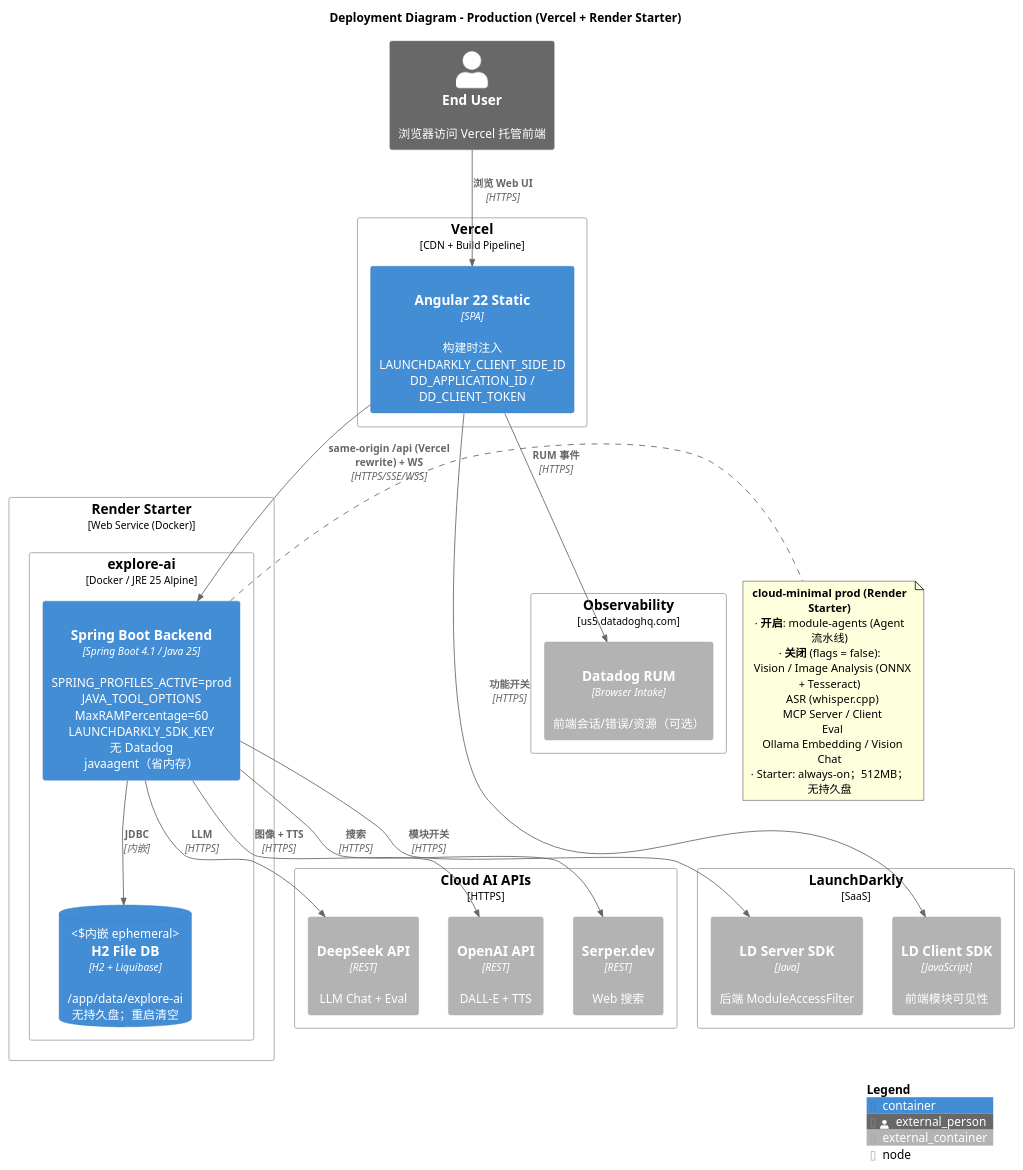
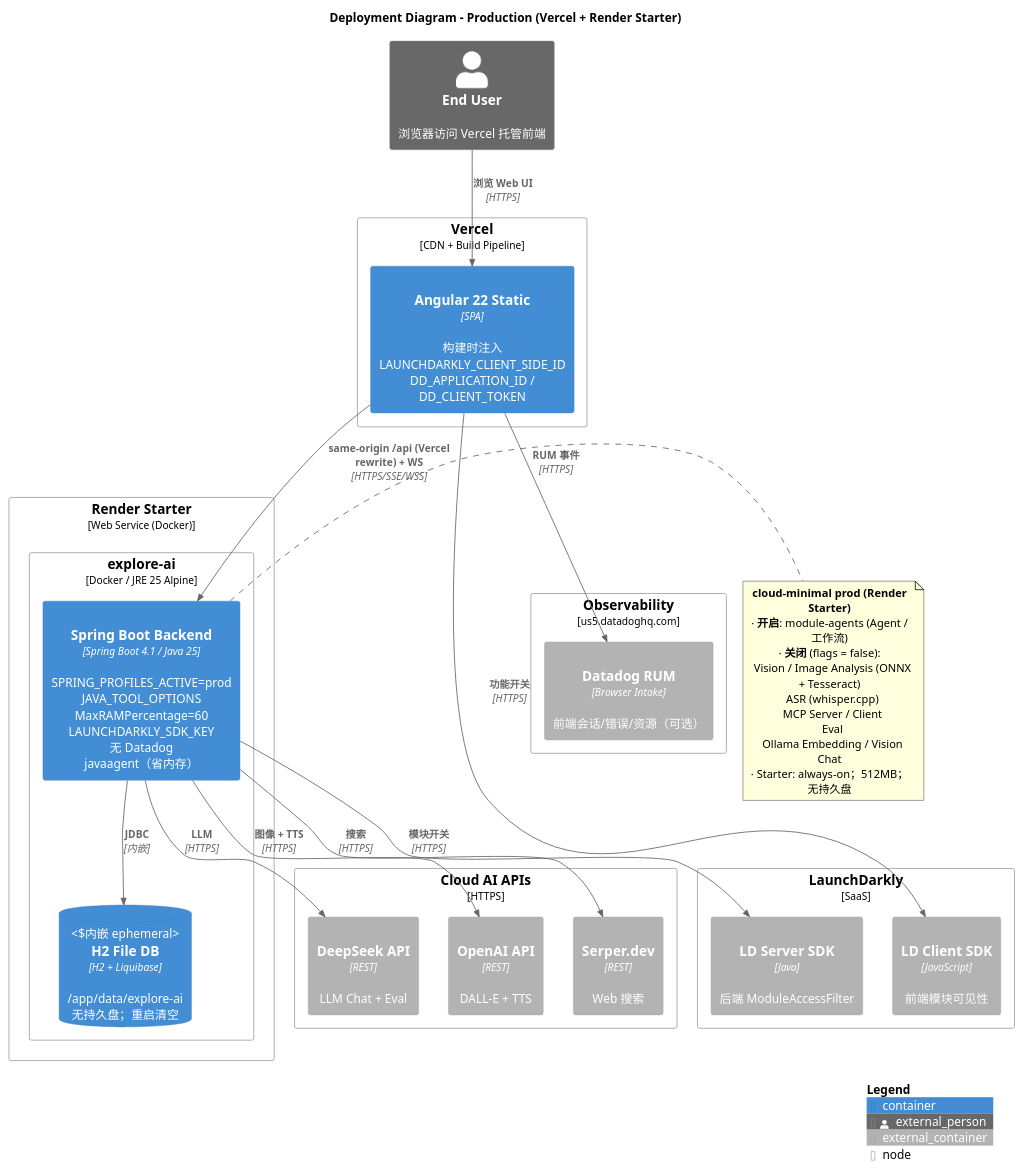
One commit to felixzhu97/explore-ai changed the diagram in docs/developer/c4-model/C4-Deployment-Production.puml. Above: the diagram before and after it, drawn with PlantUML. The commit also changed 16 other files, not shown here.

```diff
--- a/docs/developer/c4-model/C4-Deployment-Production.puml
+++ b/docs/developer/c4-model/C4-Deployment-Production.puml
@@ -1,64 +1,64 @@
 @startuml C4-Deployment-Production
 !include https://raw.githubusercontent.com/plantuml-stdlib/C4-PlantUML/master/C4_Deployment.puml
 
 LAYOUT_WITH_LEGEND()
 
 title Deployment Diagram - Production (Vercel + Render Starter)
 
 Person_Ext(user, "End User", "浏览器访问 Vercel 托管前端")
 
 Deployment_Node(vercel, "Vercel", "CDN + Build Pipeline") {
     Container(angular_static, "Angular 22 Static", "SPA", "构建时注入\nLAUNCHDARKLY_CLIENT_SIDE_ID\nDD_APPLICATION_ID / DD_CLIENT_TOKEN", "HTTPS")
 }
 
 Deployment_Node(render, "Render Starter", "Web Service (Docker)") {
     Deployment_Node(explore_ai_svc, "explore-ai", "Docker / JRE 25 Alpine") {
         Container(backend, "Spring Boot Backend", "Spring Boot 4.1 / Java 25", "SPRING_PROFILES_ACTIVE=prod\nJAVA_TOOL_OPTIONS MaxRAMPercentage=60\nLAUNCHDARKLY_SDK_KEY\n无 Datadog javaagent（省内存）", "8080")
         ContainerDb(h2_ephemeral, "H2 File DB", "H2 + Liquibase", "/app/data/explore-ai\n无持久盘；重启清空", "内嵌 ephemeral")
     }
 }
 
 Deployment_Node(observability, "Observability", "us5.datadoghq.com") {
     Container_Ext(datadog_rum, "Datadog RUM", "Browser Intake", "前端会话/错误/资源（可选）", "HTTPS")
 }
 
 Deployment_Node(feature_flags, "LaunchDarkly", "SaaS") {
     Container_Ext(ld_client, "LD Client SDK", "JavaScript", "前端模块可见性", "HTTPS")
     Container_Ext(ld_server, "LD Server SDK", "Java", "后端 ModuleAccessFilter", "HTTPS")
 }
 
 Deployment_Node(cloud_ai, "Cloud AI APIs", "HTTPS") {
     Container_Ext(deepseek_api, "DeepSeek API", "REST", "LLM Chat + Eval", "HTTPS")
     Container_Ext(openai_api, "OpenAI API", "REST", "DALL-E + TTS", "HTTPS")
     Container_Ext(serper_api, "Serper.dev", "REST", "Web 搜索", "HTTPS")
 }
 
 ' ============================================================
 ' RELATIONSHIPS
 ' ============================================================
 Rel(user, angular_static, "浏览 Web UI", "HTTPS")
 Rel(angular_static, backend, "same-origin /api (Vercel rewrite) + WS", "HTTPS/SSE/WSS")
 Rel(angular_static, datadog_rum, "RUM 事件", "HTTPS")
 Rel(angular_static, ld_client, "功能开关", "HTTPS")
 
 Rel(backend, h2_ephemeral, "JDBC", "内嵌")
 Rel(backend, ld_server, "模块开关", "HTTPS")
 
 Rel(backend, deepseek_api, "LLM", "HTTPS")
 Rel(backend, openai_api, "图像 + TTS", "HTTPS")
 Rel(backend, serper_api, "搜索", "HTTPS")
 
 note right of backend
   **cloud-minimal prod (Render Starter)**
-  · **开启**: module-agents (Agent 流水线)
+  · **开启**: module-agents (Agent / 工作流)
   · **关闭** (flags = false):
     Vision / Image Analysis (ONNX + Tesseract)
     ASR (whisper.cpp)
     MCP Server / Client
     Eval
     Ollama Embedding / Vision Chat
   · Starter: always-on；512MB；无持久盘
 end note
 
 SHOW_LEGEND()
 @enduml
```
